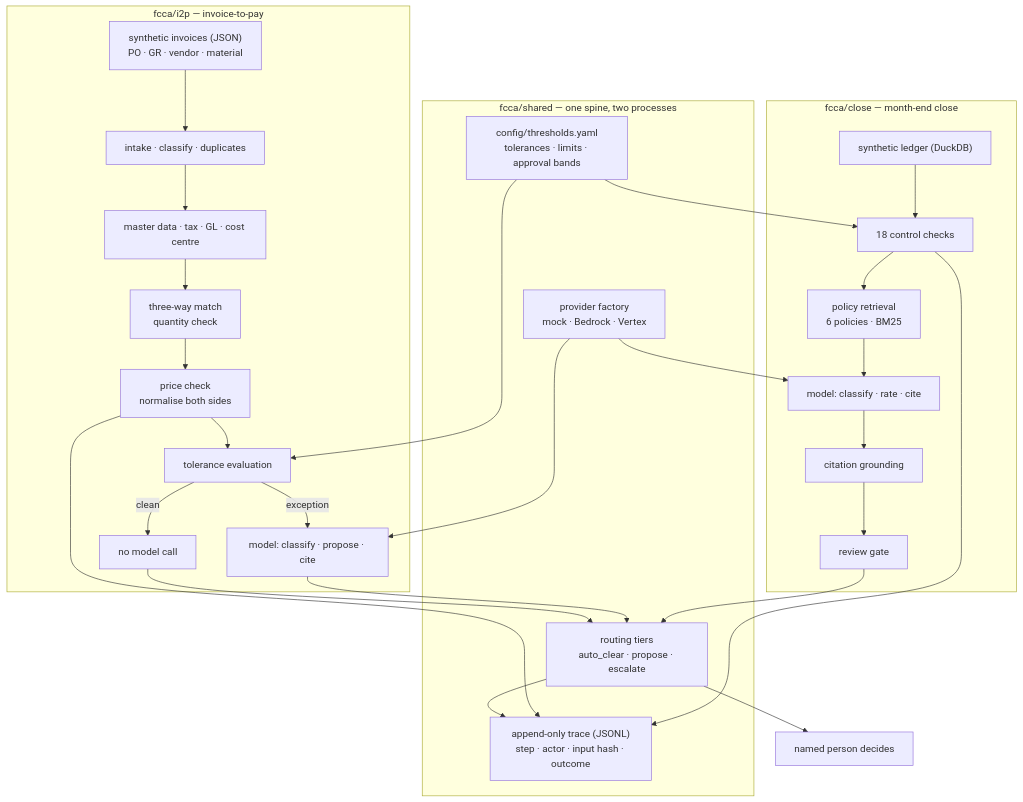
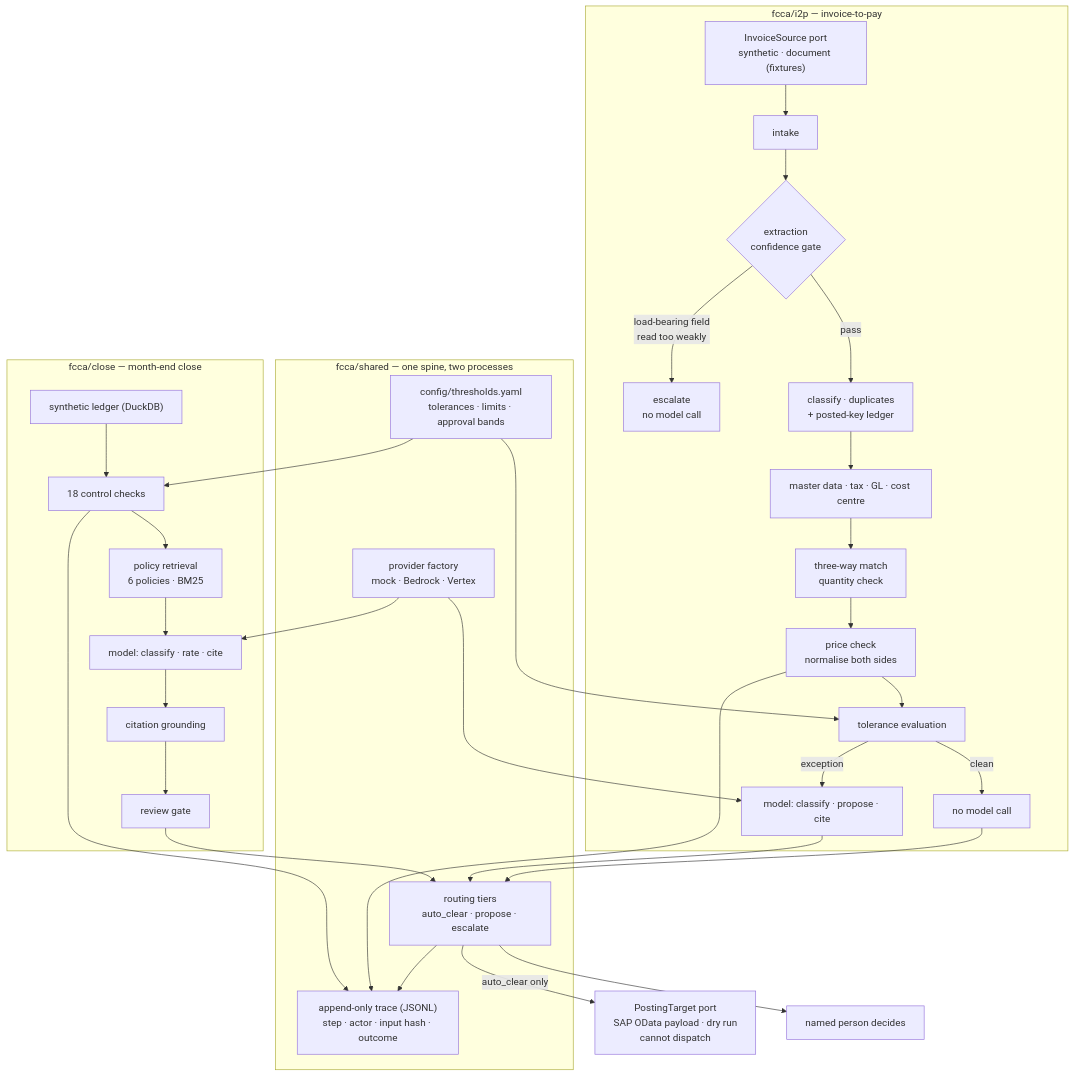
Before and after one commit to morichtereur/finance-close-control-agent: the diagram in README.md, drawn with Mermaid. The commit also changed other lines of this file and 351 other files, not shown here.

First line of the commit message:
Show the seams: provenance in the pane, the payload that would post, and what noise costs

````diff
--- a/README.md
+++ b/README.md
@@ -51,39 +51,43 @@
 ```mermaid
 flowchart TD
     subgraph SHARED["fcca/shared — one spine, two processes"]
         CFG["config/thresholds.yaml<br/>tolerances · limits · approval bands"]
         PROV["provider factory<br/>mock · Bedrock · Vertex"]
         ROUTE["routing tiers<br/>auto_clear · propose · escalate"]
         TRACE["append-only trace (JSONL)<br/>step · actor · input hash · outcome"]
     end
 
     subgraph CLOSE["fcca/close — month-end close"]
         C1["synthetic ledger (DuckDB)"] --> C2["18 control checks"]
         C2 --> C3["policy retrieval<br/>6 policies · BM25"]
         C3 --> C4["model: classify · rate · cite"]
         C4 --> C5["citation grounding"]
         C5 --> C6["review gate"]
     end
 
     subgraph I2P["fcca/i2p — invoice-to-pay"]
-        I1["synthetic invoices (JSON)<br/>PO · GR · vendor · material"] --> I2["intake · classify · duplicates"]
+        I0["InvoiceSource port<br/>synthetic · document (fixtures)"] --> I1
+        I1["intake"] --> IG{"extraction<br/>confidence gate"}
+        IG -->|"load-bearing field<br/>read too weakly"| I9["escalate<br/>no model call"]
+        IG -->|pass| I2["classify · duplicates<br/>+ posted-key ledger"]
         I2 --> I3["master data · tax · GL · cost centre"]
         I3 --> I4["three-way match<br/>quantity check"]
         I4 --> I5["price check<br/>normalise both sides"]
         I5 --> I6["tolerance evaluation"]
         I6 -->|clean| I8["no model call"]
         I6 -->|exception| I7["model: classify · propose · cite"]
     end
 
     CFG --> C2
     CFG --> I6
     PROV --> C4
     PROV --> I7
+    ROUTE -->|auto_clear only| POST["PostingTarget port<br/>SAP OData payload · dry run<br/>cannot dispatch"]
     C6 --> ROUTE
     I7 --> ROUTE
     I8 --> ROUTE
     C2 --> TRACE
     I5 --> TRACE
     ROUTE --> TRACE
     ROUTE --> HUMAN["named person decides"]
 ```
````
